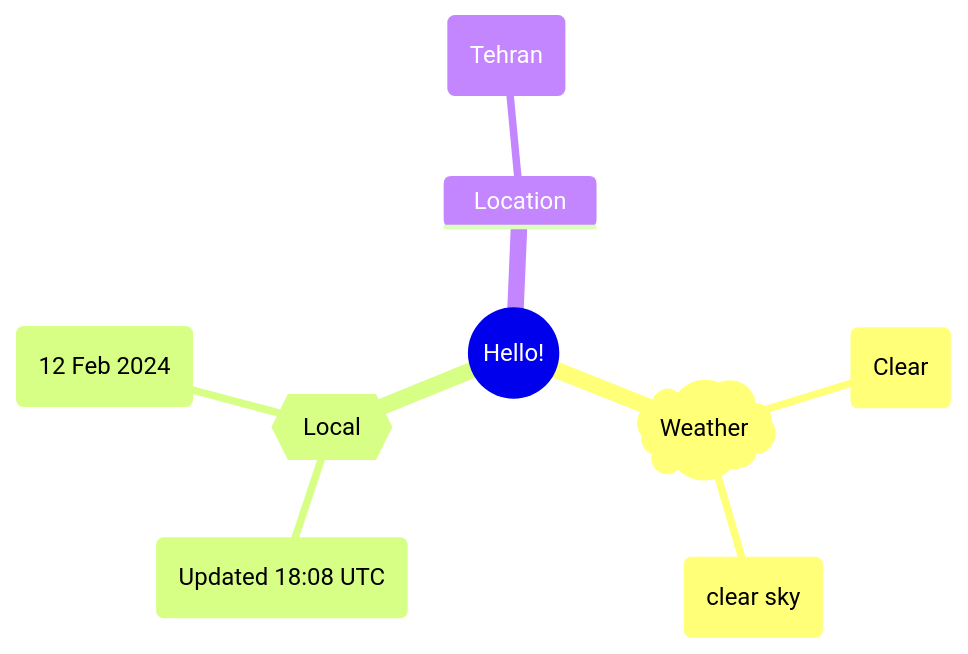
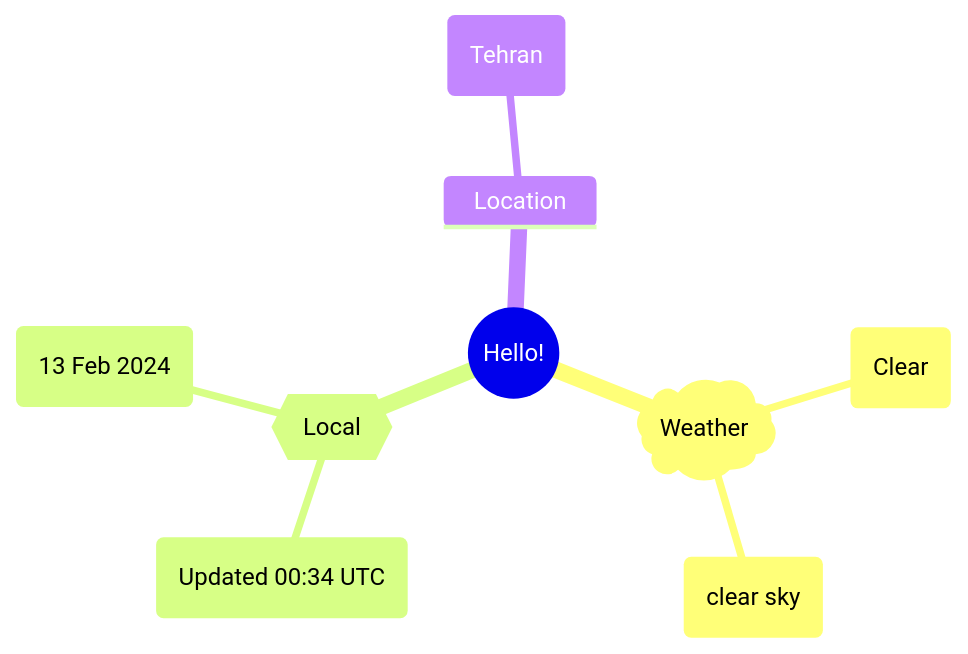
One commit to Xosrov/Xosrov changed the first of 2 diagrams in README.md. Above: the diagram before and after it, drawn with Mermaid.

Commit message:
[bot] updated images

````diff
--- a/README.md
+++ b/README.md
@@ -3,12 +3,12 @@
 ```mermaid
 mindmap
   root((Hello!))
     )Weather(
         (Clear)
         (clear sky)
     {{Local}}
-        (Updated 18:08 UTC)
-        (12 Feb 2024)
+        (Updated 00:34 UTC)
+        (13 Feb 2024)
     Location
         (Tehran)
 ```
````
